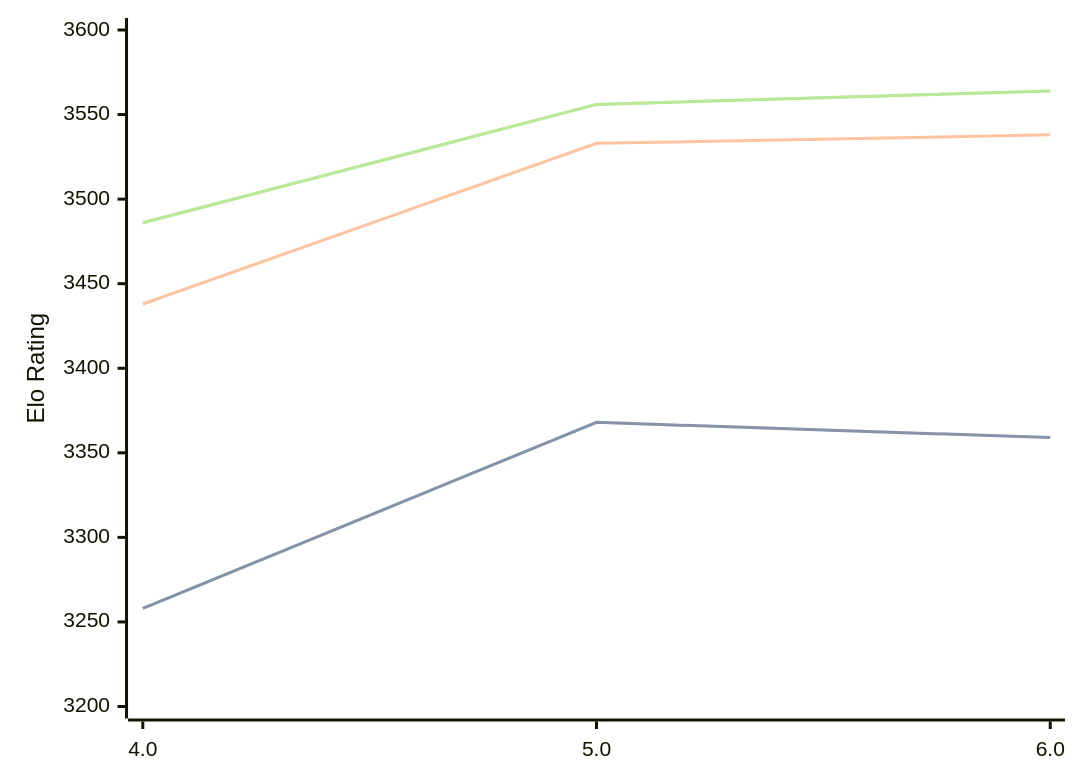
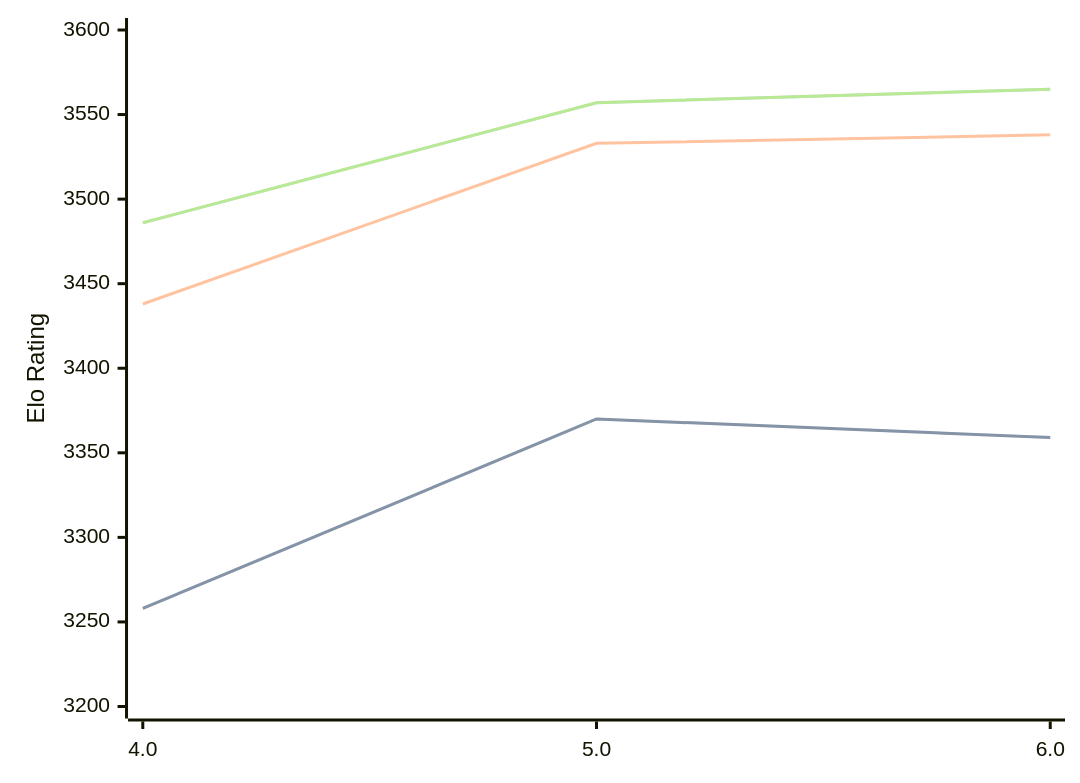
One commit to computer-chess-index/cci changed the diagram in engines/Tarnished.md. Above: the diagram before and after it, drawn with Mermaid. The commit also changed other lines of this file, not shown here.

Commit message:
Update CCI Ratings (ELO VLTC) - 2026-09-14

````diff
--- a/engines/Tarnished.md
+++ b/engines/Tarnished.md
@@ -33,11 +33,11 @@
 ```mermaid
 %%{init: {"theme":"base","themeVariables":{"seriesColors:['#a3a3a3','#222221','#faa371']}}}%%
 xychart-beta
   x-axis ["4.0", "5.0", "6.0"]
   y-axis "Elo Rating" 3200 --> 3600
-  line "" [3258, 3368, 3359]
-  line "STC (8.0+0.08s)" [3258, 3368, 3359]
+  line "" [3258, 3370, 3359]
+  line "STC (8.0+0.08s)" [3258, 3370, 3359]
   line "LTC (60.0+0.60s)" [3438, 3533, 3538]
-  line "" [3486, 3556, 3564]
-  line "VLTC (2m24s+1.12s)" [3486, 3556, 3564]
+  line "" [3486, 3557, 3565]
+  line "VLTC (2m24s+1.12s)" [3486, 3557, 3565]
 ```
````
